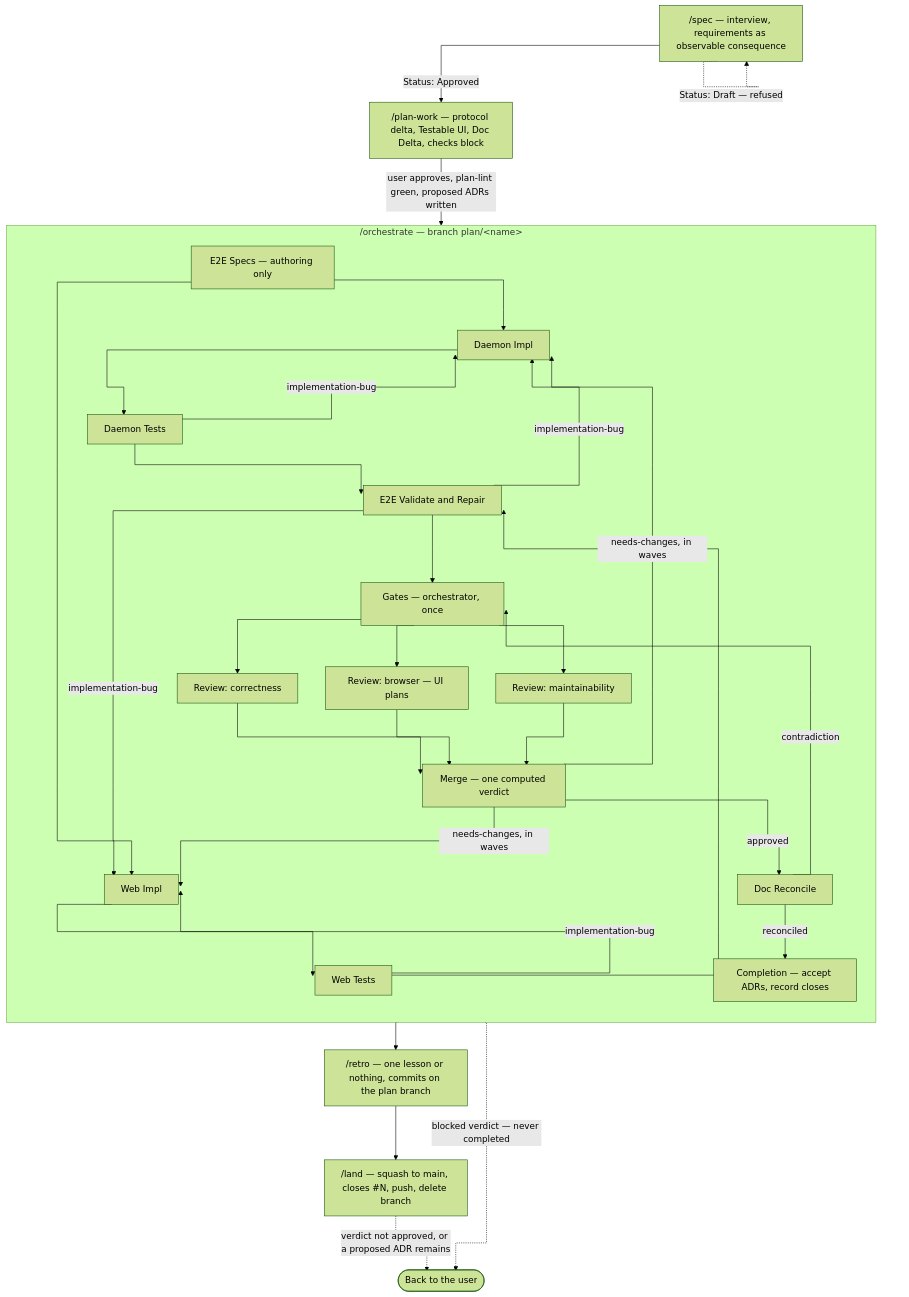
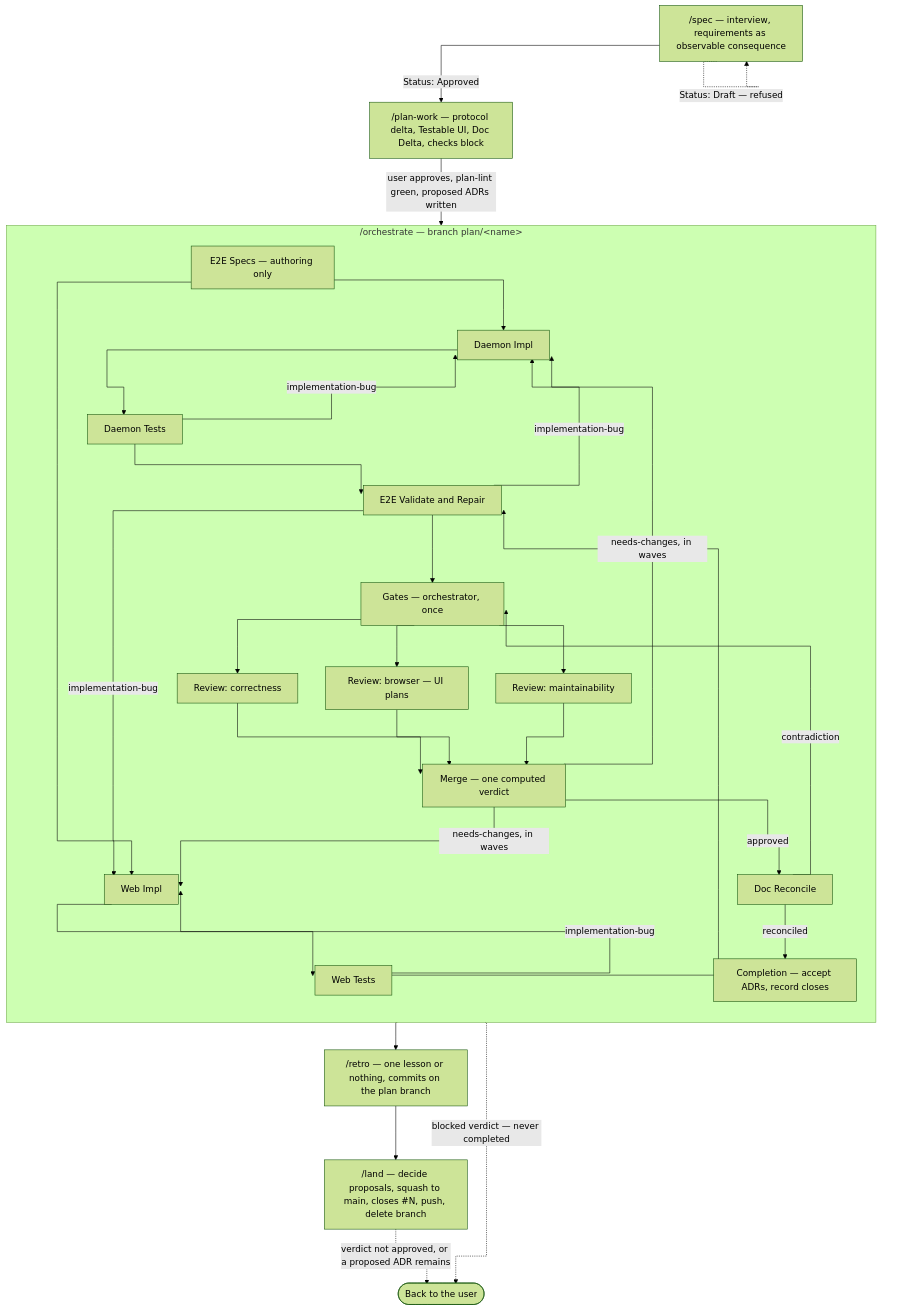
One commit to Zalaras/muster changed the diagram in docs/diagrams/pipeline-execution-order.md. Above: the diagram before and after it, drawn with Mermaid (forest theme). The commit also changed other lines of this file and 5 other files, not shown here.

First line of the commit message:
docs(land): decide proposed follow-ups before the merge

````diff
--- a/docs/diagrams/pipeline-execution-order.md
+++ b/docs/diagrams/pipeline-execution-order.md
@@ -35,38 +36,38 @@
 ```mermaid
 %%{init: {"layout": "dagre", "flowchart": {"curve": "stepAfter"}}}%%
 flowchart TD
     SPEC["/spec — interview, requirements as observable consequence"] -->|Status: Approved| PW["/plan-work — protocol delta, Testable UI, Doc Delta, checks block"]
     SPEC -.->|Status: Draft — refused| SPEC
     PW -->|user approves, plan-lint green, proposed ADRs written| ORCH
 
     subgraph ORCH["/orchestrate — branch plan/&lt;name&gt;"]
         direction TB
         S[E2E Specs — authoring only] --> DI[Daemon Impl]
         S --> WI[Web Impl]
         DI --> DT[Daemon Tests]
         WI --> WT[Web Tests]
         DT -->|implementation-bug| DI
         WT -->|implementation-bug| WI
         DT --> V[E2E Validate and Repair]
         WT --> V
         V -->|implementation-bug| DI
         V -->|implementation-bug| WI
         V --> G[Gates — orchestrator, once]
         G --> RC[Review: correctness]
         G --> RB[Review: browser — UI plans]
         G --> RM[Review: maintainability]
         RC --> M[Merge — one computed verdict]
         RB --> M
         RM --> M
         M -->|needs-changes, in waves| DI
         M -->|needs-changes, in waves| WI
         M -->|approved| DR[Doc Reconcile]
         DR -->|contradiction| G
         DR -->|reconciled| C[Completion — accept ADRs, record closes]
     end
 
     ORCH --> RETRO["/retro — one lesson or nothing, commits on the plan branch"]
-    RETRO --> LAND["/land — squash to main, closes #N, push, delete branch"]
+    RETRO --> LAND["/land — decide proposals, squash to main, closes #N, push, delete branch"]
     ORCH -.->|blocked verdict — never completed| USER([Back to the user])
     LAND -.->|verdict not approved, or a proposed ADR remains| USER
 ```
````
